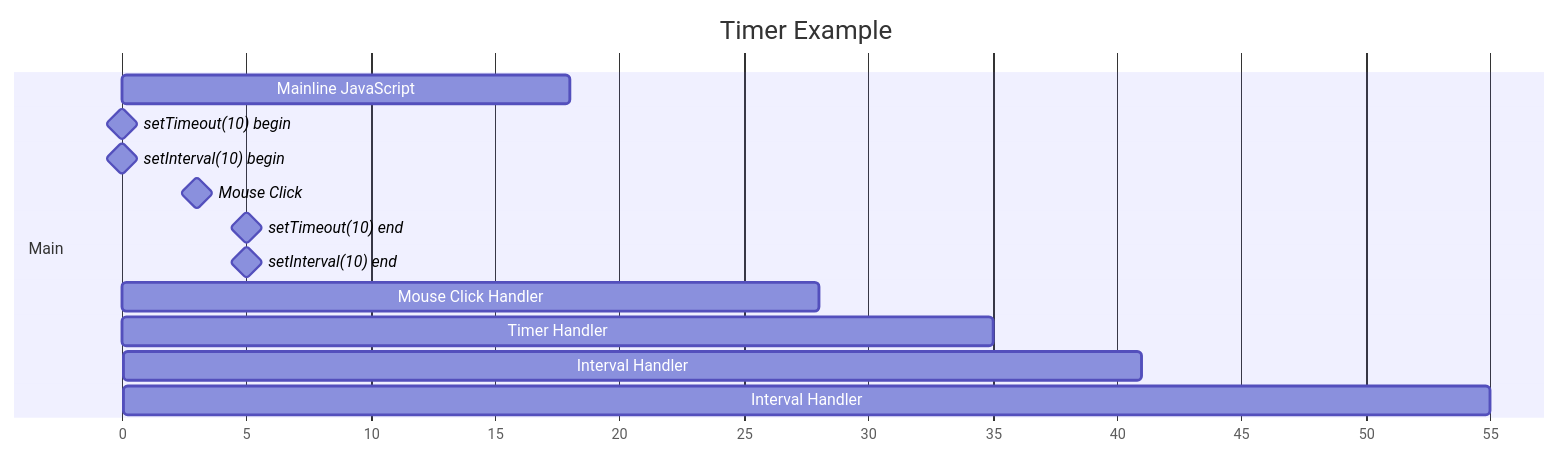
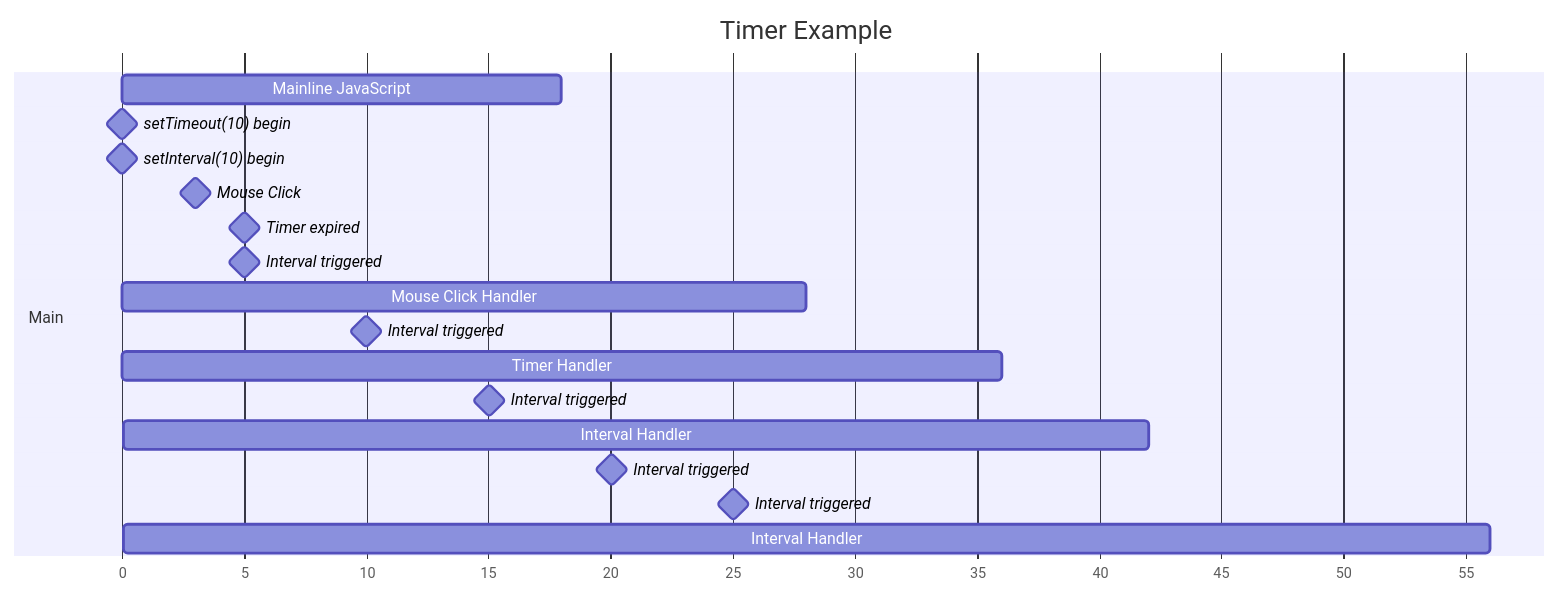
One commit to vanhung4499/knowledge-garden changed the diagram in Technical/Programming/JavaScript/Core/Excute and Contexts/Concurrency/JS Timers Mechanism.md. Above: the diagram before and after it, drawn with Mermaid. The commit also changed other lines of this file and 32 other files, not shown here.

````diff
--- a/Technical/Programming/JavaScript/Core/Excute and Contexts/Concurrency/JS Timers Mechanism.md
+++ b/Technical/Programming/JavaScript/Core/Excute and Contexts/Concurrency/JS Timers Mechanism.md
@@ -11,18 +11,22 @@
 ```mermaid
 gantt
     title Timer Example
     dateFormat X
     axisFormat %s
     
     section Main
     Mainline JavaScript: 0, 18
     setTimeout(10) begin: milestone, 0, 0
     setInterval(10) begin: milestone, 0, 0
     Mouse Click: milestone, 6, 6
-    setTimeout(10) end: milestone, 10, 10
-    setInterval(10) end: milestone, 10, 10
+    Timer expired: milestone, 10, 10
+    Interval triggered: milestone, 10, 10
     Mouse Click Handler: 18, 28
-    Timer Handler: 28, 35
-    Interval Handler: 35, 41
-    Interval Handler: 50, 55
+	Interval triggered: milestone, 20, 20
+    Timer Handler: 28, 36
+    Interval triggered: milestone, 30, 30
+    Interval Handler: 36, 42
+    Interval triggered: milestone, 40, 40
+	Interval triggered: milestone, 50, 50
+    Interval Handler: 50, 56
 ```
````
